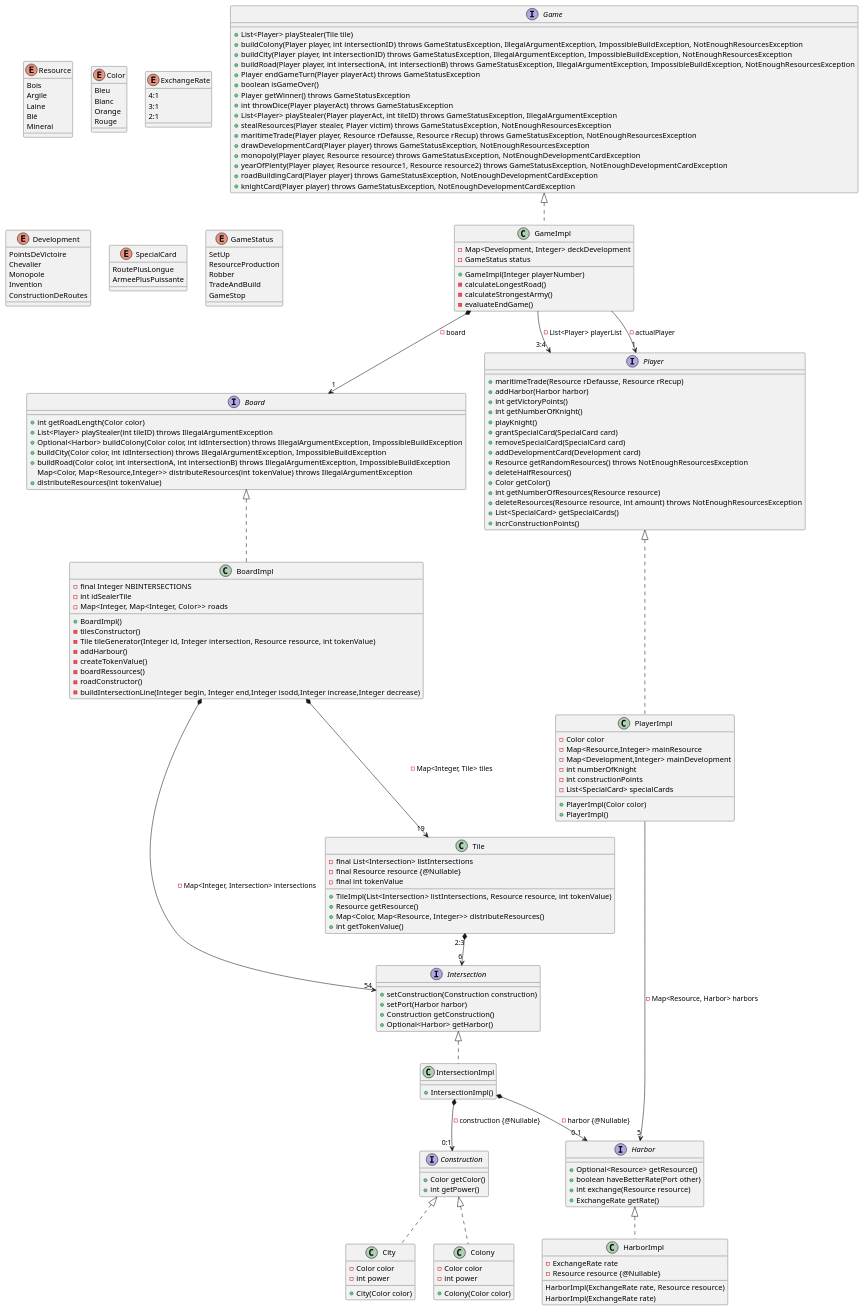
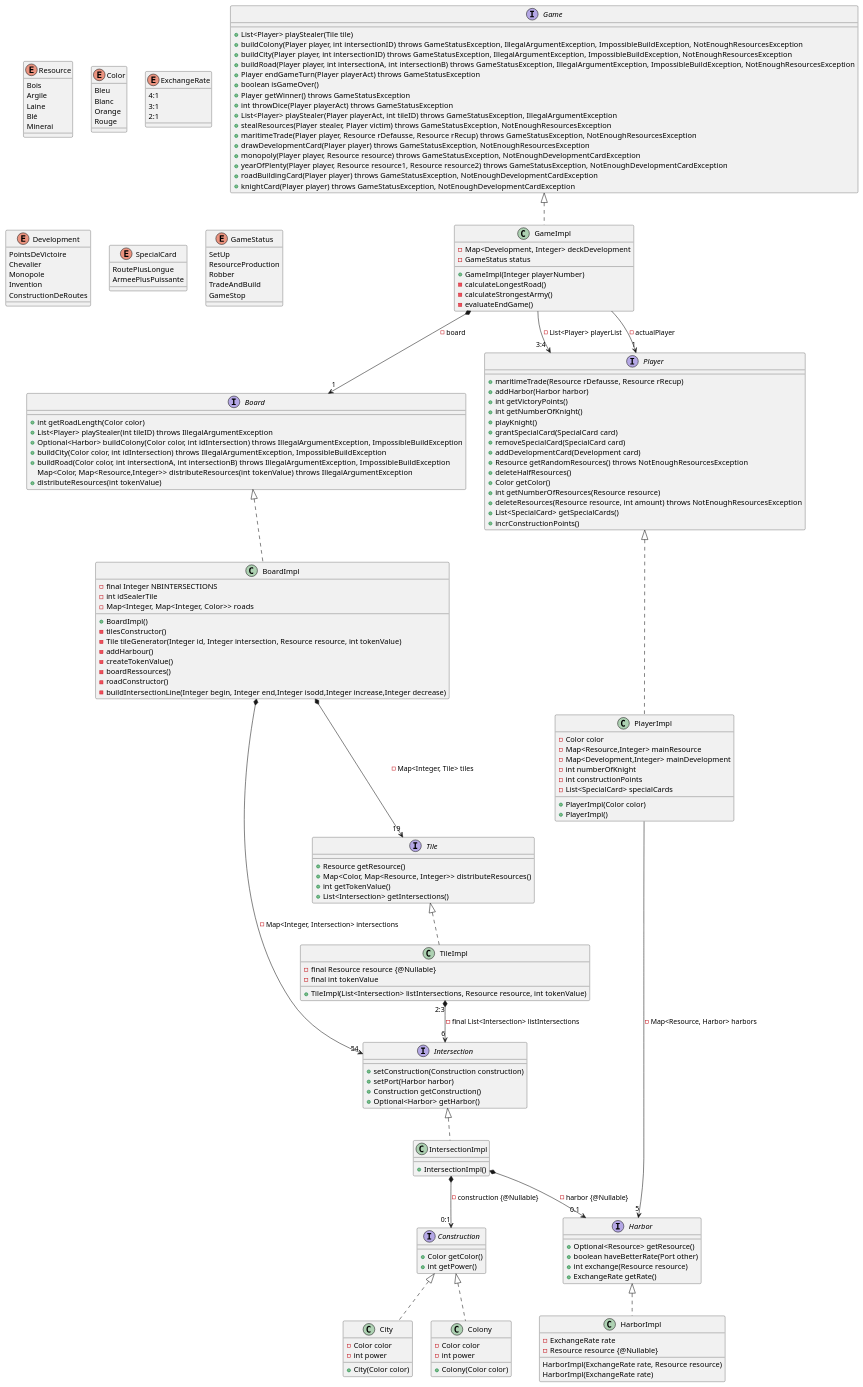
The diagram in catan-doc/modules/conception/examples/gameClassDiag.plantuml (Lapin-Obez/colon_de_catane), drawn with PlantUML before and after one commit. The commit also changed 1 other file, not shown here.

Commit message:
Relecture Tile : mise à jour du diagramme de classe et de methods.adoc

```diff
--- a/catan-doc/modules/conception/examples/gameClassDiag.plantuml
+++ b/catan-doc/modules/conception/examples/gameClassDiag.plantuml
@@ -110,15 +110,18 @@
     HarborImpl(ExchangeRate rate)
 }
 
-class Tile{
-    - final List<Intersection> listIntersections
+interface Tile {
+    + Resource getResource()
+    + Map<Color, Map<Resource, Integer>> distributeResources()
+    + int getTokenValue()
+    + List<Intersection> getIntersections()
+}
+
+class TileImpl {
     - final Resource resource {@Nullable}
     - final int tokenValue
 
     + TileImpl(List<Intersection> listIntersections, Resource resource, int tokenValue)
-    + Resource getResource()
-    + Map<Color, Map<Resource, Integer>> distributeResources()
-    + int getTokenValue()
 }
 
 interface Intersection {
@@ -186,6 +189,7 @@
 class PlayerImpl implements Player
 class HarborImpl implements Harbor
 class IntersectionImpl implements Intersection
+class TileImpl implements Tile
 
 class City implements Construction
 class Colony implements Construction
@@ -194,7 +198,7 @@
 BoardImpl *--> "19" Tile : - Map<Integer, Tile> tiles
 BoardImpl *--> "54" Intersection : - Map<Integer, Intersection> intersections
 
-Tile "2:3" *-->"6" Intersection
+TileImpl "2:3" *-->"6" Intersection : - final List<Intersection> listIntersections
 IntersectionImpl *--> "0:1" Construction : - construction {@Nullable}
 
 IntersectionImpl *--> "0.1" Harbor : - harbor {@Nullable}
```
